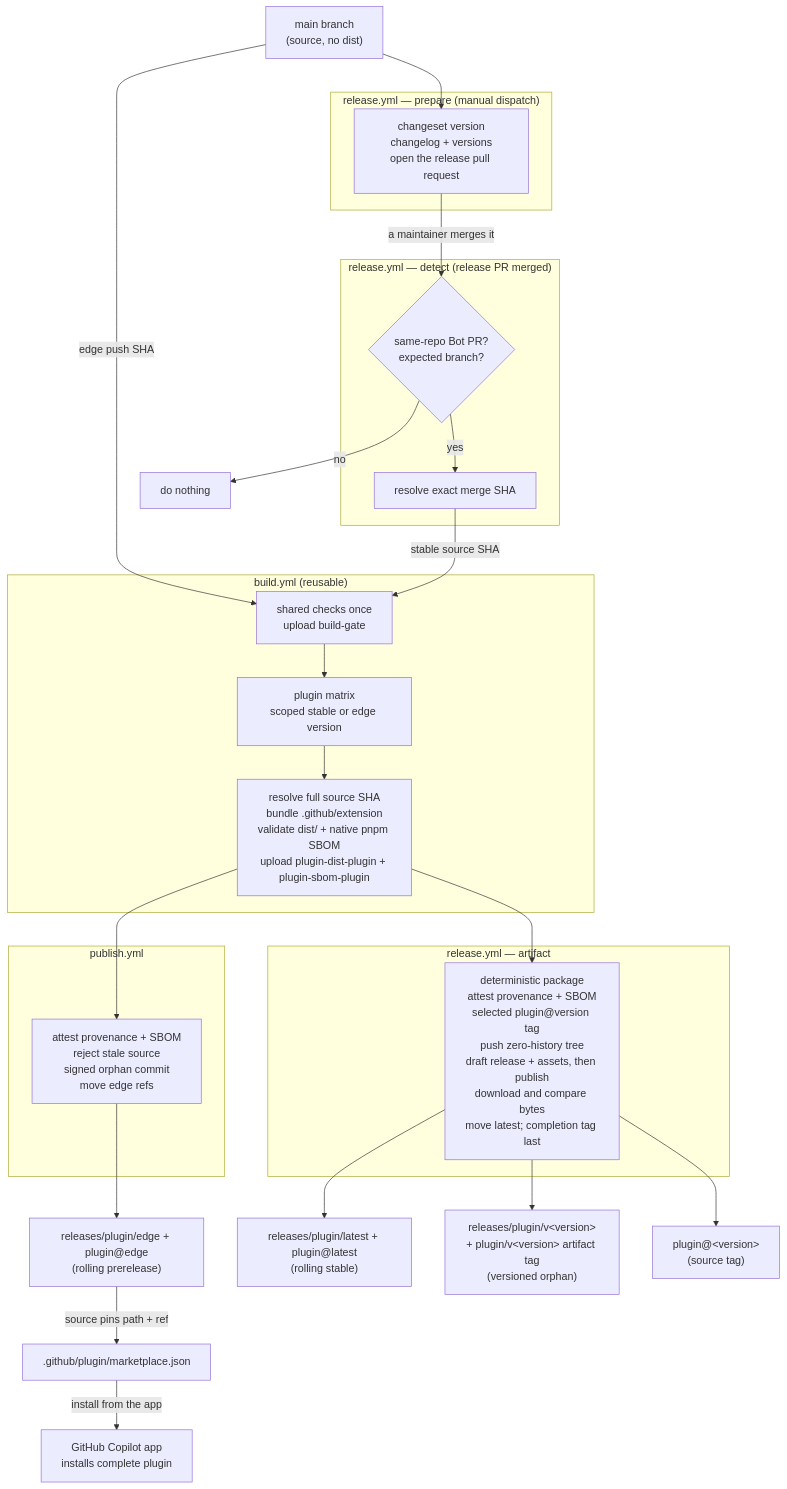
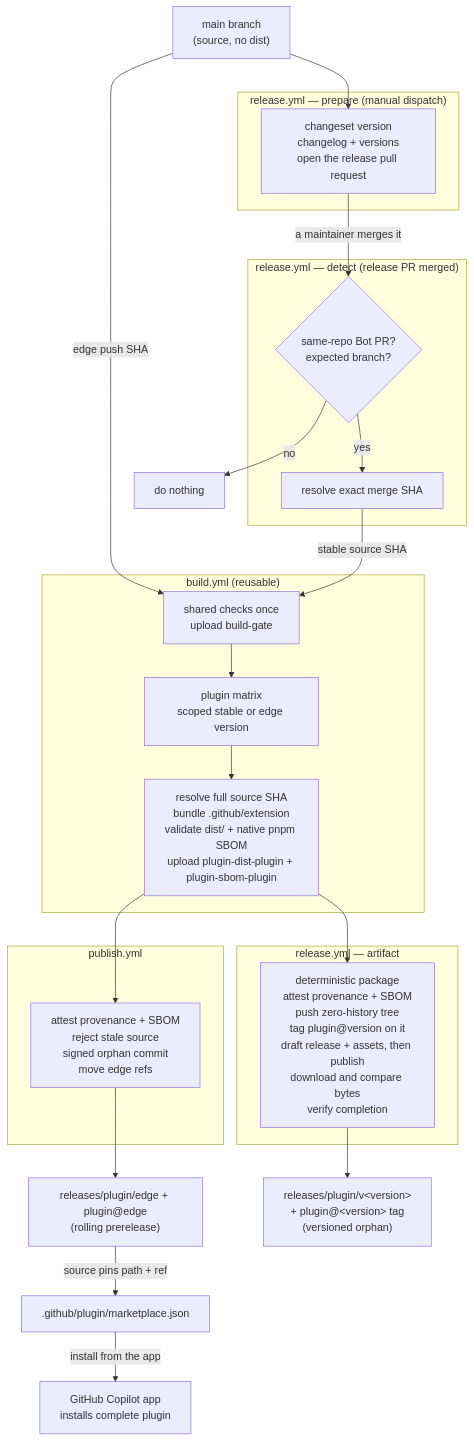
The second of 2 diagrams in docs/architecture/plugin-packaging-and-publishing.md (radius-project/ai-extensions), drawn with Mermaid before and after one commit. The commit also changed other lines of this file and 9 other files, not shown here.

````diff
--- a/docs/architecture/plugin-packaging-and-publishing.md
+++ b/docs/architecture/plugin-packaging-and-publishing.md
@@ -108,47 +108,45 @@
 ```mermaid
 graph TD
     Main["main branch<br/>(source, no dist)"]
 
     subgraph PrepWF["release.yml — prepare (manual dispatch)"]
         VersionPR["changeset version<br/>changelog + versions<br/>open the release pull request"]
     end
 
     subgraph DetectWF["release.yml — detect (release PR merged)"]
         Decide{"same-repo Bot PR?<br/>expected branch?"}
         Source["resolve exact merge SHA"]
     end
 
     Main --> VersionPR
     VersionPR -->|a maintainer merges it| Decide
     Decide -->|no| Nothing["do nothing"]
     Decide -->|yes| Source
 
     subgraph BuildWF["build.yml (reusable)"]
         Checks["shared checks once<br/>upload build-gate"]
         Resolve["plugin matrix<br/>scoped stable or edge version"]
         Artifact["resolve full source SHA<br/>bundle .github/extension<br/>validate dist/ + native pnpm SBOM<br/>upload plugin-dist-plugin + plugin-sbom-plugin"]
     end
 
     Main -->|edge push SHA| Checks
     Source -->|stable source SHA| Checks
     Checks --> Resolve --> Artifact
 
     subgraph EdgeWF["publish.yml"]
         EdgePush["attest provenance + SBOM<br/>reject stale source<br/>signed orphan commit<br/>move edge refs"]
     end
 
     subgraph RelWF["release.yml — artifact"]
-        RelPush["deterministic package<br/>attest provenance + SBOM<br/>selected plugin@version tag<br/>push zero-history tree<br/>draft release + assets, then publish<br/>download and compare bytes<br/>move latest; completion tag last"]
+        RelPush["deterministic package<br/>attest provenance + SBOM<br/>push zero-history tree<br/>tag plugin@version on it<br/>draft release + assets, then publish<br/>download and compare bytes<br/>verify completion"]
     end
 
     Artifact --> EdgePush
     Artifact --> RelPush
 
     EdgePush --> Edge["releases/plugin/edge + plugin@edge<br/>(rolling prerelease)"]
-    RelPush --> Stable["releases/plugin/latest + plugin@latest<br/>(rolling stable)"]
-    RelPush --> Pinned["releases/plugin/v&lt;version&gt;<br/>+ plugin/v&lt;version&gt; artifact tag<br/>(versioned orphan)"]
-    RelPush --> SourceTag["plugin@&lt;version&gt;<br/>(source tag)"]
+    RelPush --> Pinned["releases/plugin/v&lt;version&gt;<br/>+ plugin@&lt;version&gt; tag<br/>(versioned orphan)"]
 
     Edge -->|source pins path + ref| MP[".github/plugin/marketplace.json"]
     MP -->|install from the app| Install["GitHub Copilot app<br/>installs complete plugin"]
 ```
````
